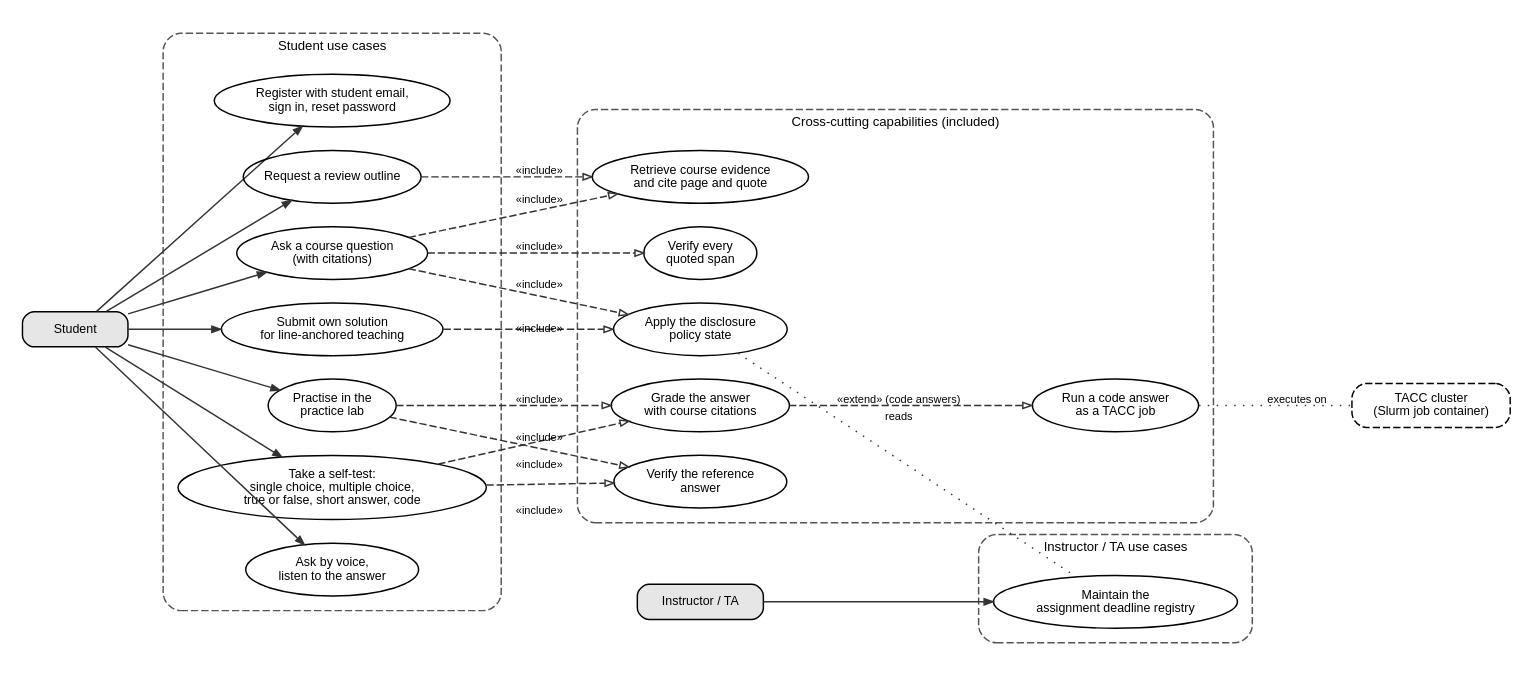
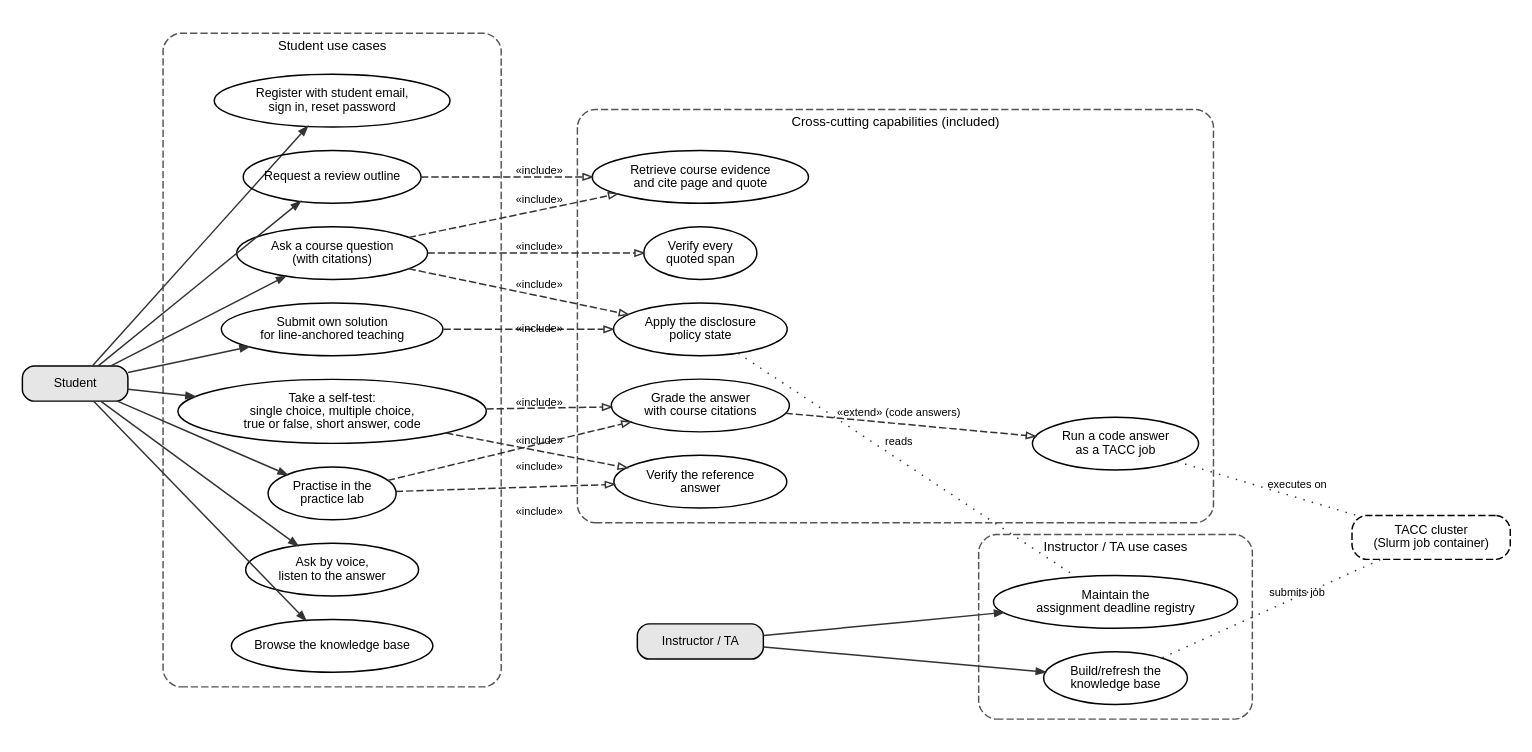
The diagram in docs/figures/prd-usecase.dot (Kane-LI-0114/verifiable-tutor), drawn with Graphviz before and after one commit. The commit also changed 26 other files, not shown here.

First line of the commit message:
docs(repo): make TACC a required model-serving backend with an offline knowledge base

```diff
--- a/docs/figures/prd-usecase.dot
+++ b/docs/figures/prd-usecase.dot
@@ -1,61 +1,66 @@
 digraph prd_usecase {
   graph [rankdir=LR, splines=line, nodesep=0.22, ranksep=0.42, fontname="Helvetica", fontsize=9,
          bgcolor="white", pad=0.10, newrank=true, compound=true];
   node [fontname="Helvetica", fontsize=8.5, margin="0.05,0.03"];
   edge [fontname="Helvetica", fontsize=7.5, color="#333333", arrowsize=0.6];
 
   student [label="Student", shape=box, style="rounded,filled", fillcolor="#e6e6e6", width=1.0, height=0.34];
   ta      [label="Instructor / TA", shape=box, style="rounded,filled", fillcolor="#e6e6e6", width=1.2, height=0.34];
   tacc    [label="TACC cluster\n(Slurm job container)", shape=box, style="rounded,dashed,filled",
            fillcolor="#ffffff", width=1.5, height=0.42];
 
   subgraph cluster_student {
     label="Student use cases"; fontsize=9; style="rounded,dashed"; color="#555555"; margin=10;
     account  [label="Register with student email,\nsign in, reset password", shape=ellipse];
     ask      [label="Ask a course question\n(with citations)", shape=ellipse];
     outline  [label="Request a review outline", shape=ellipse];
     quiz     [label="Take a self-test:\nsingle choice, multiple choice,\ntrue or false, short answer, code", shape=ellipse];
     practice [label="Practise in the\npractice lab", shape=ellipse];
     explain  [label="Submit own solution\nfor line-anchored teaching", shape=ellipse];
     voice    [label="Ask by voice,\nlisten to the answer", shape=ellipse];
+    kb_browse [label="Browse the knowledge base", shape=ellipse];
   }
 
   subgraph cluster_ta {
     label="Instructor / TA use cases"; fontsize=9; style="rounded,dashed"; color="#555555"; margin=10;
     registry [label="Maintain the\nassignment deadline registry", shape=ellipse];
+    kb_build [label="Build/refresh the\nknowledge base", shape=ellipse];
   }
 
   subgraph cluster_guarantee {
     label="Cross-cutting capabilities (included)"; fontsize=9; style="rounded,dashed"; color="#555555"; margin=10;
     evidence [label="Retrieve course evidence\nand cite page and quote", shape=ellipse];
     verify   [label="Verify every\nquoted span", shape=ellipse];
     policy   [label="Apply the disclosure\npolicy state", shape=ellipse];
     grade    [label="Grade the answer\nwith course citations", shape=ellipse];
     refcheck [label="Verify the reference\nanswer", shape=ellipse];
     runcode  [label="Run a code answer\nas a TACC job", shape=ellipse];
   }
 
   student -> account;
   student -> ask;
   student -> outline;
   student -> quiz;
   student -> practice;
   student -> explain;
   student -> voice;
+  student -> kb_browse;
 
   ta -> registry;
+  ta -> kb_build;
 
   ask -> evidence [style=dashed, arrowhead=onormal, label="«include»"];
   ask -> verify [style=dashed, arrowhead=onormal, label="«include»"];
   ask -> policy [style=dashed, arrowhead=onormal, label="«include»"];
   outline -> evidence [style=dashed, arrowhead=onormal, label="«include»"];
   quiz -> refcheck [style=dashed, arrowhead=onormal, label="«include»"];
   quiz -> grade [style=dashed, arrowhead=onormal, label="«include»"];
   practice -> refcheck [style=dashed, arrowhead=onormal, label="«include»"];
   practice -> grade [style=dashed, arrowhead=onormal, label="«include»"];
   explain -> policy [style=dashed, arrowhead=onormal, label="«include»"];
   grade -> runcode [style=dashed, arrowhead=onormal, label="«extend» (code answers)"];
 
   policy -> registry [style=dotted, arrowhead=none, label="reads"];
   runcode -> tacc [style=dotted, arrowhead=none, label="executes on"];
+  kb_build -> tacc [style=dotted, arrowhead=none, label="submits job"];
 }
```
